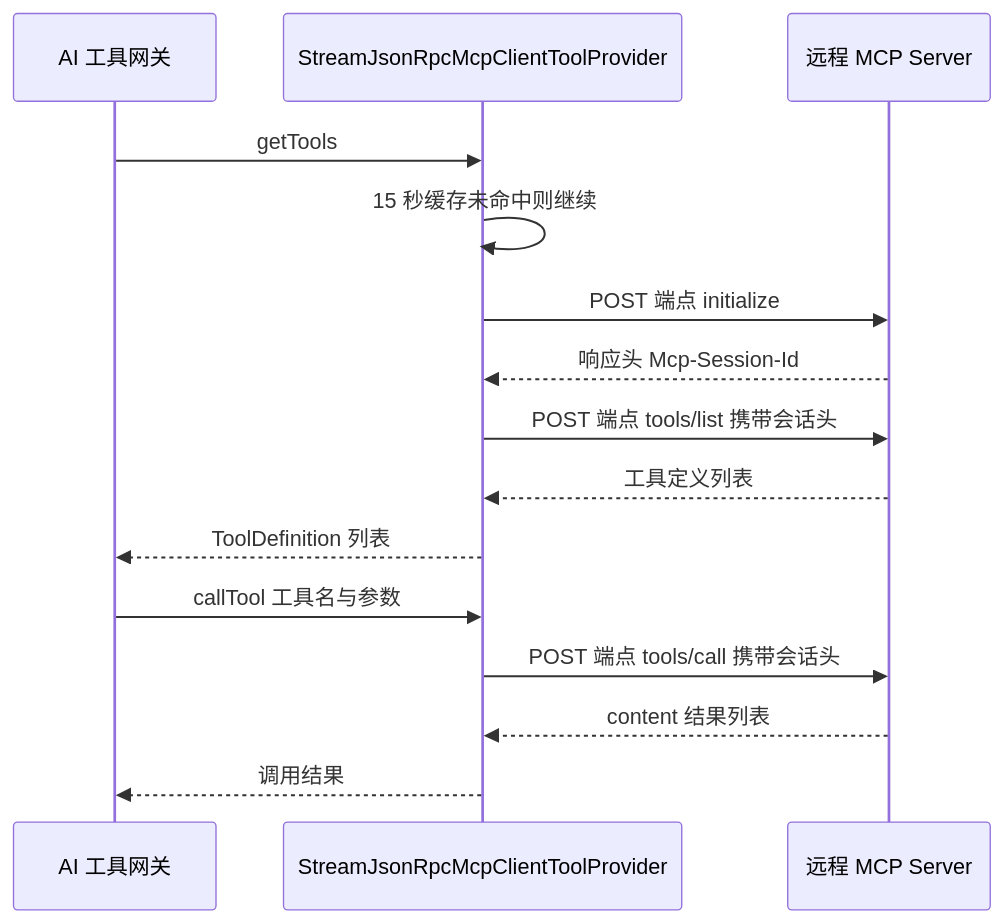
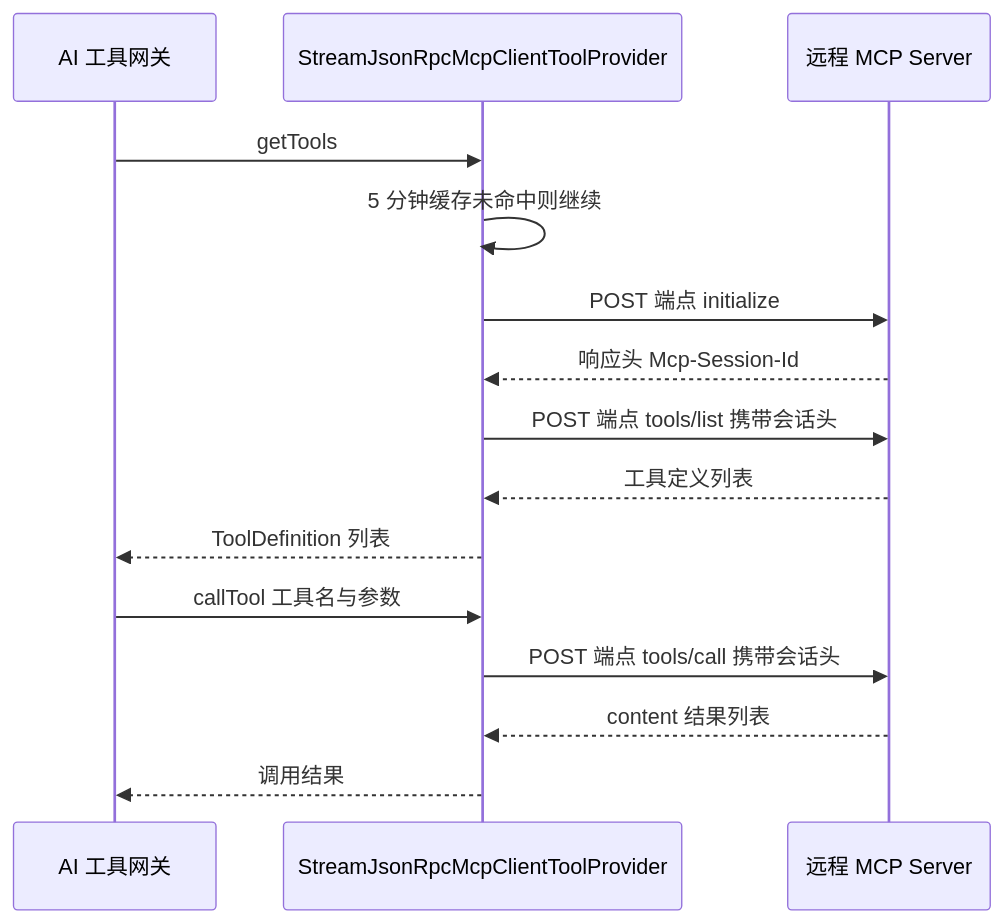
Before and after one commit to Ice2Faith/i2f-turbo-java: the second of 2 diagrams in .wiki/modules/i2f-springboot/i2f-springboot-ai-mcp-client/readme.md, drawn with Mermaid. The commit also changed other lines of this file and 3 other files, not shown here.

````diff
--- a/.wiki/modules/i2f-springboot/i2f-springboot-ai-mcp-client/readme.md
+++ b/.wiki/modules/i2f-springboot/i2f-springboot-ai-mcp-client/readme.md
@@ -69,19 +69,19 @@
 ```mermaid
 sequenceDiagram
     participant G as AI 工具网关
     participant P as StreamJsonRpcMcpClientToolProvider
     participant S as 远程 MCP Server
 
     G->>P: getTools
-    P->>P: 15 秒缓存未命中则继续
+    P->>P: 5 分钟缓存未命中则继续
     P->>S: POST 端点 initialize
     S-->>P: 响应头 Mcp-Session-Id
     P->>S: POST 端点 tools/list 携带会话头
     S-->>P: 工具定义列表
     P-->>G: ToolDefinition 列表
 
     G->>P: callTool 工具名与参数
     P->>S: POST 端点 tools/call 携带会话头
     S-->>P: content 结果列表
     P-->>G: 调用结果
 ```
````
